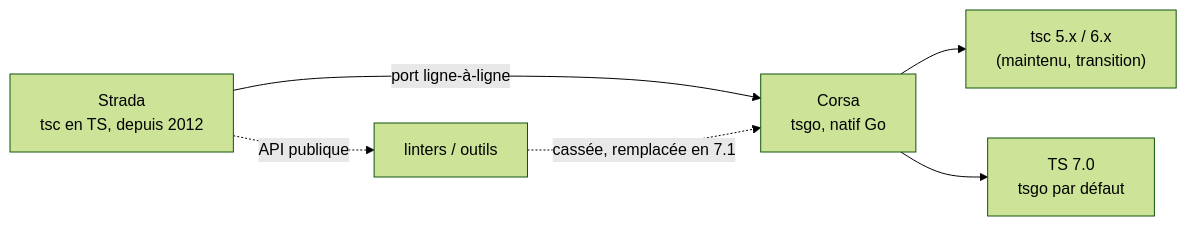
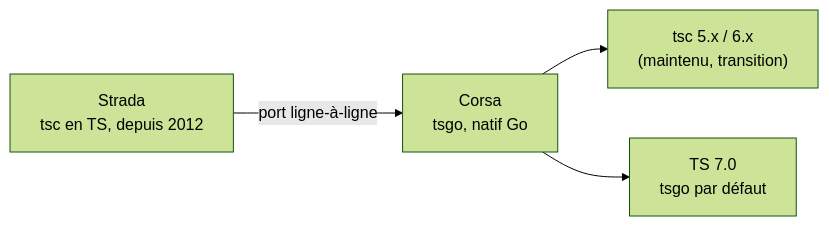
The diagram in slides/slides.md (lsagetlethias/tsgo-parists-20260609), drawn with Mermaid (forest theme) before and after one commit. The commit also changed other lines of this file and 5 other files, not shown here.

````diff
--- a/slides/slides.md
+++ b/slides/slides.md
@@ -79,8 +88,6 @@
 ```mermaid {theme: 'neutral', scale: 0.95}
 flowchart LR
   S["Strada<br/>tsc en TS, depuis 2012"] -->|"port ligne-à-ligne"| C["Corsa<br/>tsgo, natif Go"]
   C --> T["tsc 5.x / 6.x<br/>(maintenu, transition)"]
   C --> N["TS 7.0<br/>tsgo par défaut"]
-  S -.->|"API publique"| API["linters / outils"]
-  API -.->|"cassée, remplacée en 7.1"| C
 ```
````
